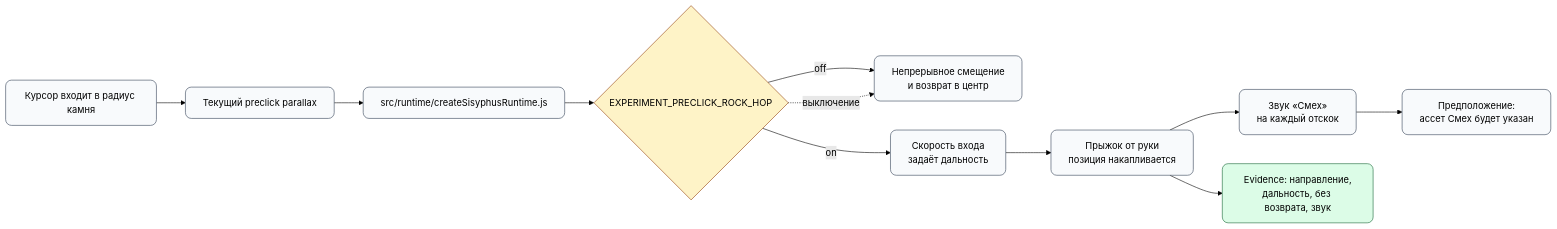
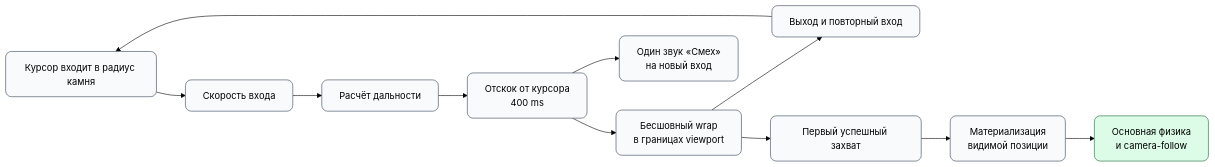
The diagram in .docs/hotfixes/hotfix_2026-08-08_00-17_preclick-rock-hop/visualization/preclick-rock-hop.mmd (EvaDugina/Sisyphus-The-Czar), drawn with Mermaid (forest theme) before and after one commit. The commit also changed 41 other files, not shown here.

Commit message:
feat: закрепил preclick-hop как основной режим

```diff
--- a/.docs/hotfixes/hotfix_2026-08-08_00-17_preclick-rock-hop/visualization/preclick-rock-hop.mmd
+++ b/.docs/hotfixes/hotfix_2026-08-08_00-17_preclick-rock-hop/visualization/preclick-rock-hop.mmd
@@ -1,29 +1,22 @@
 flowchart LR
   u["Курсор входит в радиус камня"]
-  cur["Текущий preclick parallax"]
-  rt["src/runtime/createSisyphusRuntime.js"]
-  flag{"EXPERIMENT_PRECLICK_ROCK_HOP"}
-  base["Непрерывное смещение<br/>и возврат в центр"]
-  speed["Скорость входа<br/>задаёт дальность"]
-  hop["Прыжок от руки<br/>позиция накапливается"]
-  sound["Звук «Смех»<br/>на каждый отскок"]
-  asset["Предположение:<br/>ассет Смех будет указан"]
-  evidence["Evidence: направление,<br/>дальность, без возврата, звук"]
+  speed["Скорость входа"]
+  distance["Расчёт дальности"]
+  hop["Отскок от курсора<br/>400 ms"]
+  wrap["Бесшовный wrap<br/>в границах viewport"]
+  sound["Один звук «Смех»<br/>на новый вход"]
+  reentry["Выход и повторный вход"]
+  grab["Первый успешный захват"]
+  materialize["Материализация<br/>видимой позиции"]
+  physics["Основная физика<br/>и camera-follow"]
 
-  u --> cur
-  cur --> rt
-  rt --> flag
-  flag -- "off" --> base
-  flag -- "on" --> speed
-  speed --> hop
+  u --> speed --> distance --> hop
+  hop --> wrap
   hop --> sound
-  sound --> asset
-  hop --> evidence
-  flag -. "выключение" .-> base
+  wrap --> reentry --> u
+  wrap --> grab --> materialize --> physics
 
   classDef card fill:#f8fafc,stroke:#334155,color:#000,rx:10,ry:10;
-  classDef decision fill:#fef3c7,stroke:#92400e,color:#000,rx:10,ry:10;
-  classDef evidence fill:#dcfce7,stroke:#166534,color:#000,rx:10,ry:10;
-  class u,cur,rt,base,speed,hop,sound,asset card;
-  class flag decision;
-  class evidence evidence;
+  classDef outcome fill:#dcfce7,stroke:#166534,color:#000,rx:10,ry:10;
+  class u,speed,distance,hop,wrap,sound,reentry,grab,materialize card;
+  class physics outcome;
```
